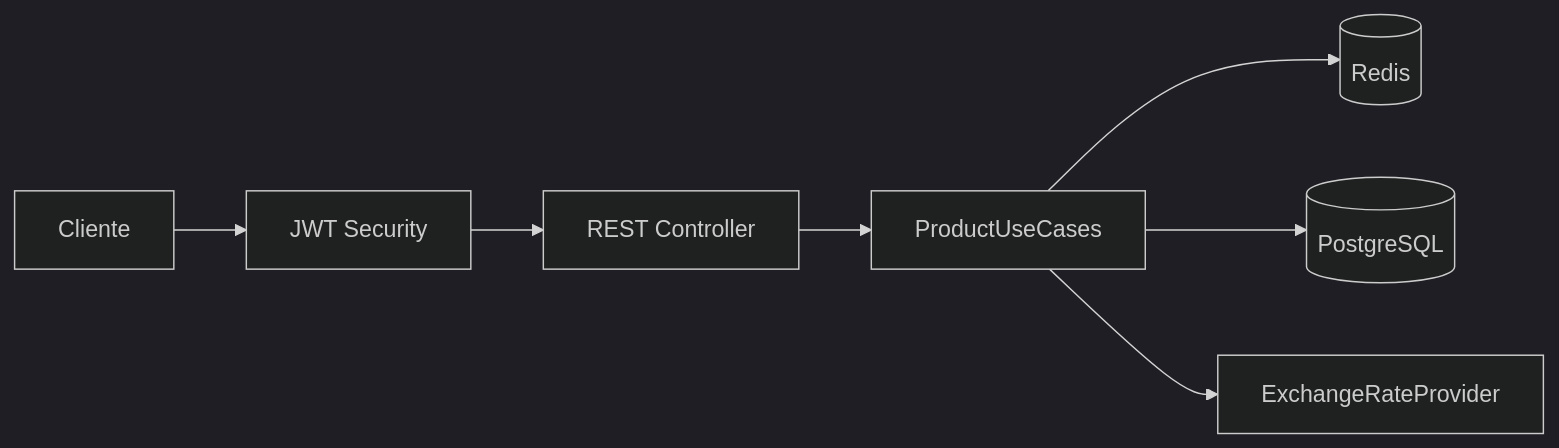
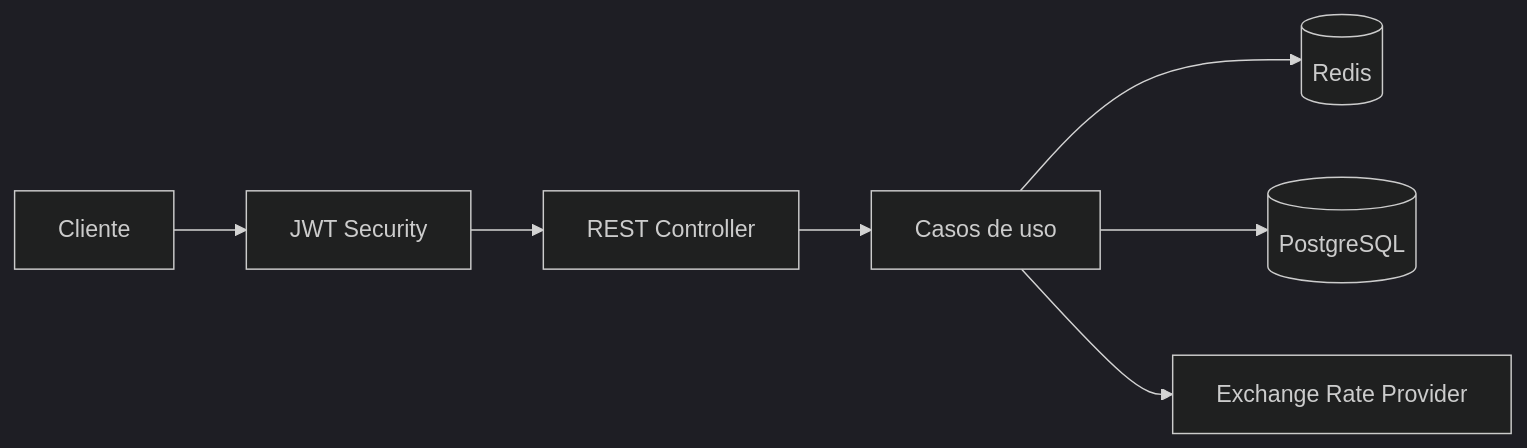
The diagram in README.md (apiscog/products-mango), drawn with Mermaid (dark theme) before and after one commit. The commit also changed other lines of this file and 6 other files, not shown here.

````diff
--- a/README.md
+++ b/README.md
@@ -49,9 +75,9 @@
 ```mermaid
 flowchart LR
     Client[Cliente] --> Security[JWT Security]
     Security --> Web[REST Controller]
-    Web --> Port[ProductUseCases]
-    Port --> Cache[(Redis)]
-    Port --> Database[(PostgreSQL)]
-    Port --> Exchange[ExchangeRateProvider]
+    Web --> Application[Casos de uso]
+    Application --> Cache[(Redis)]
+    Application --> Database[(PostgreSQL)]
+    Application --> Exchange[Exchange Rate Provider]
 ```
````
